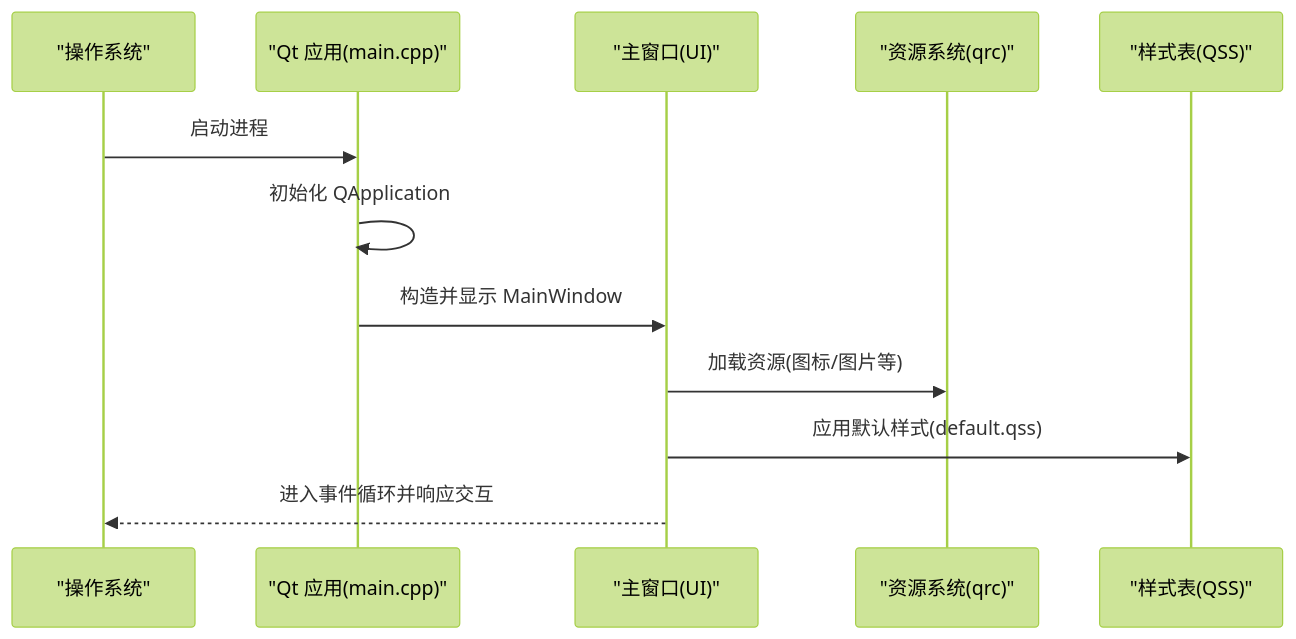
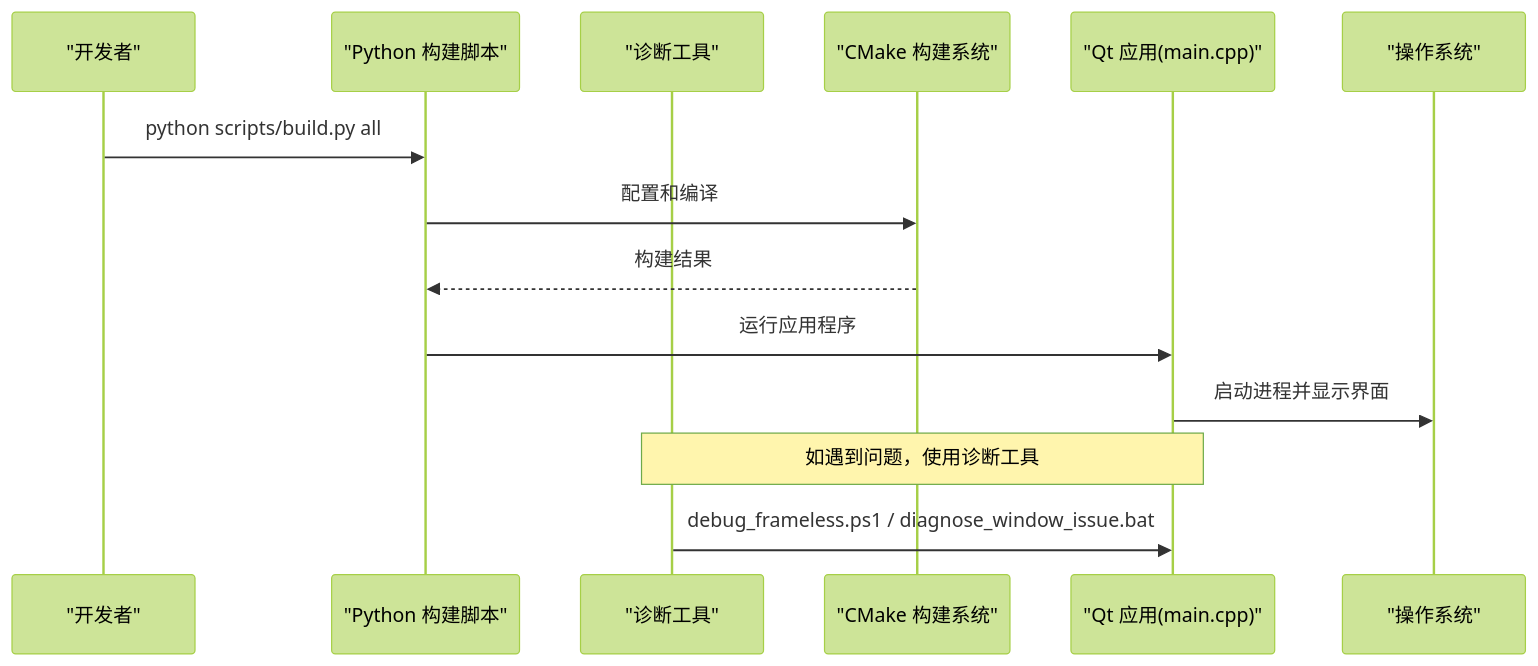
The second of 3 diagrams in .qoder/repowiki/zh/content/开发指南/开发工作流.md (jakecai1225-design/OpenBus), drawn with Mermaid (forest theme) before and after one commit. The commit also changed other lines of this file and 58 other files, not shown here.

````diff
--- a/.qoder/repowiki/zh/content/开发指南/开发工作流.md
+++ b/.qoder/repowiki/zh/content/开发指南/开发工作流.md
@@ -106,14 +99,16 @@
 ```mermaid
 sequenceDiagram
+participant Dev as "开发者"
+participant Build as "Python 构建脚本"
+participant Tools as "诊断工具"
+participant CMake as "CMake 构建系统"
+participant App as "Qt 应用(main.cpp)"
 participant OS as "操作系统"
-participant App as "Qt 应用(main.cpp)"
-participant Win as "主窗口(UI)"
-participant Res as "资源系统(qrc)"
-participant Style as "样式表(QSS)"
-OS->>App : 启动进程
-App->>App : 初始化 QApplication
-App->>Win : 构造并显示 MainWindow
-Win->>Res : 加载资源(图标/图片等)
-Win->>Style : 应用默认样式(default.qss)
-Win-->>OS : 进入事件循环并响应交互
+Dev->>Build : python scripts/build.py all
+Build->>CMake : 配置和编译
+CMake-->>Build : 构建结果
+Build->>App : 运行应用程序
+App->>OS : 启动进程并显示界面
+Note over Tools,App : 如遇到问题，使用诊断工具
+Tools->>App : debug_frameless.ps1 / diagnose_window_issue.bat
 ```
````
